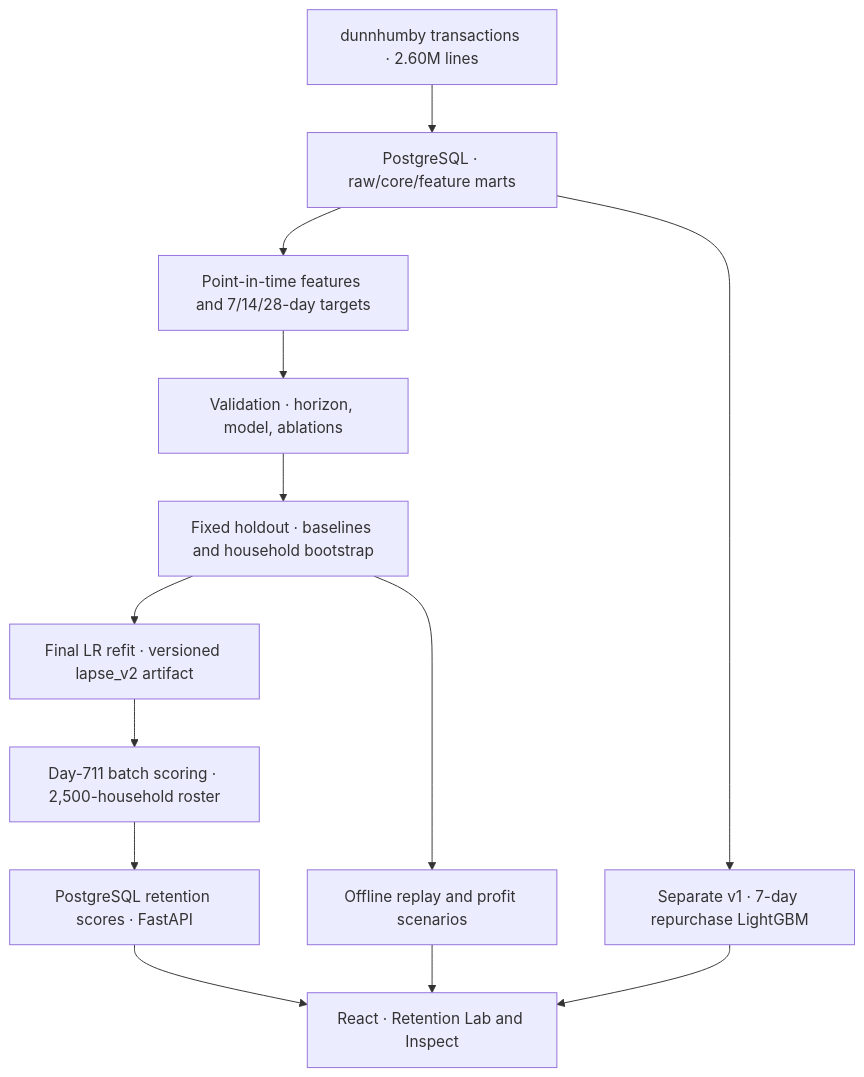
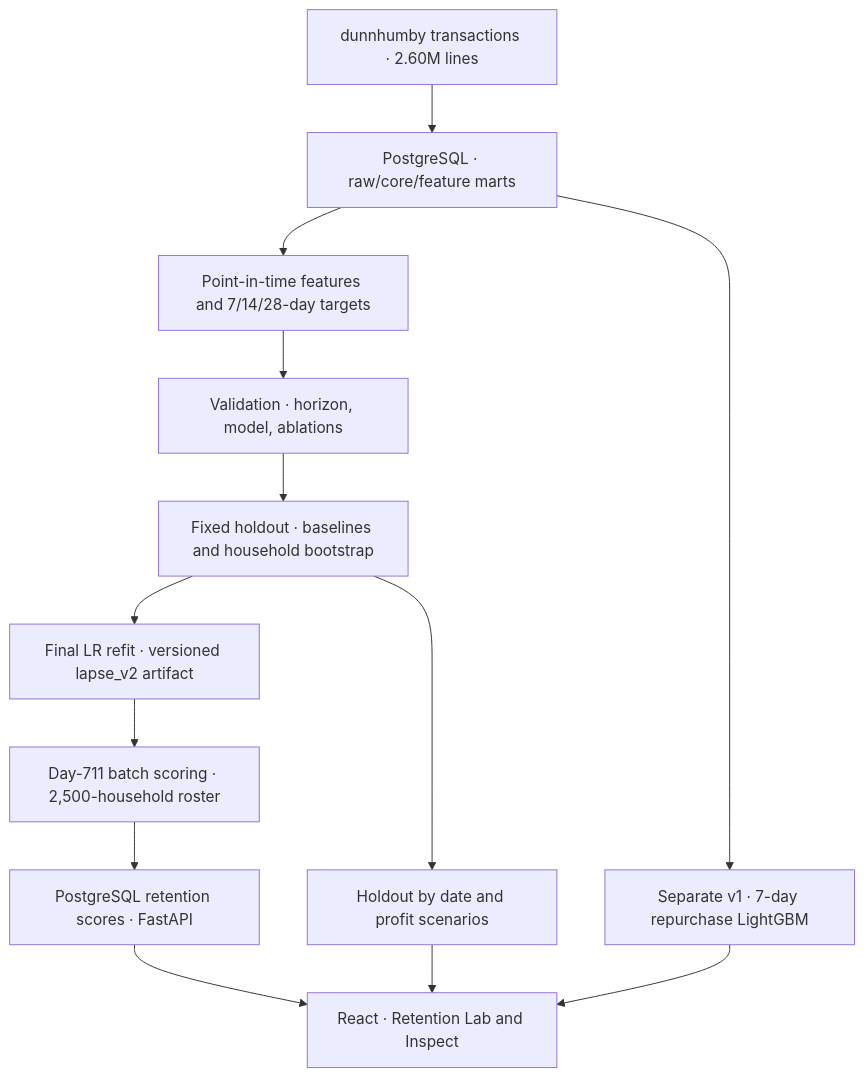
The diagram in README.md (dorsakh/retail-customer-analytics), drawn with Mermaid before and after one commit. The commit also changed other lines of this file and 6 other files, not shown here.

````diff
--- a/README.md
+++ b/README.md
@@ -52,15 +52,15 @@
 ```mermaid
 flowchart TD
     A["dunnhumby transactions · 2.60M lines"] --> B["PostgreSQL · raw/core/feature marts"]
     B --> C["Point-in-time features and 7/14/28-day targets"]
     C --> D["Validation · horizon, model, ablations"]
     D --> E["Fixed holdout · baselines and household bootstrap"]
     E --> F["Final LR refit · versioned lapse_v2 artifact"]
     F --> G["Day-711 batch scoring · 2,500-household roster"]
     G --> H["PostgreSQL retention scores · FastAPI"]
     H --> I["React · Retention Lab and Inspect"]
-    E --> J["Offline replay and profit scenarios"]
+    E --> J["Holdout by date and profit scenarios"]
     J --> I
     B --> K["Separate v1 · 7-day repurchase LightGBM"]
     K --> I
 ```
````
